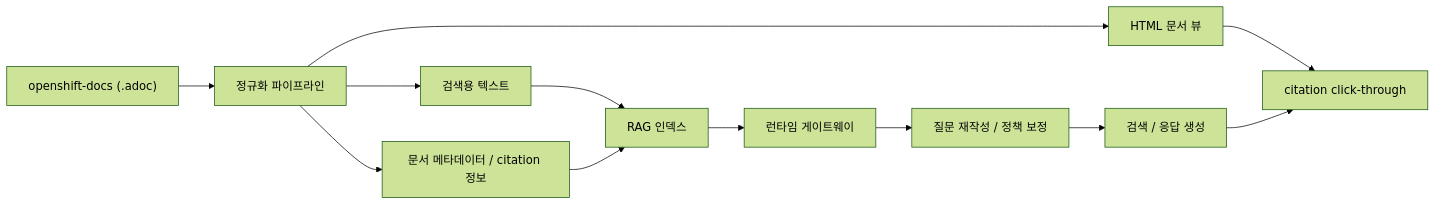
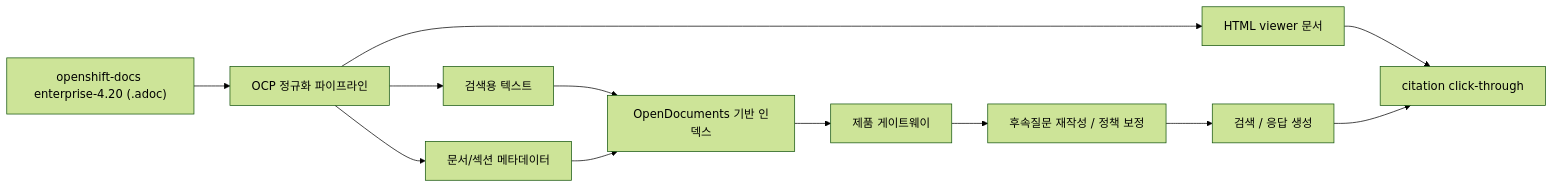
One commit to souluk319/ocp-rag-chatbot changed the diagram in README.md. Above: the diagram before and after it, drawn with Mermaid (forest theme). The commit also changed other lines of this file and 23 other files, not shown here.

````diff
--- a/README.md
+++ b/README.md
@@ -84,14 +129,14 @@
 ```mermaid
 flowchart LR
-    A["openshift-docs (.adoc)"] --> B["정규화 파이프라인"]
+    A["openshift-docs enterprise-4.20 (.adoc)"] --> B["OCP 정규화 파이프라인"]
     B --> C["검색용 텍스트"]
-    B --> D["HTML 문서 뷰"]
-    B --> E["문서 메타데이터 / citation 정보"]
-    C --> F["RAG 인덱스"]
+    B --> D["HTML viewer 문서"]
+    B --> E["문서/섹션 메타데이터"]
+    C --> F["OpenDocuments 기반 인덱스"]
     E --> F
-    F --> G["런타임 게이트웨이"]
-    G --> H["질문 재작성 / 정책 보정"]
+    F --> G["제품 게이트웨이"]
+    G --> H["후속질문 재작성 / 정책 보정"]
     H --> I["검색 / 응답 생성"]
     D --> J["citation click-through"]
     I --> J
 ```
````
